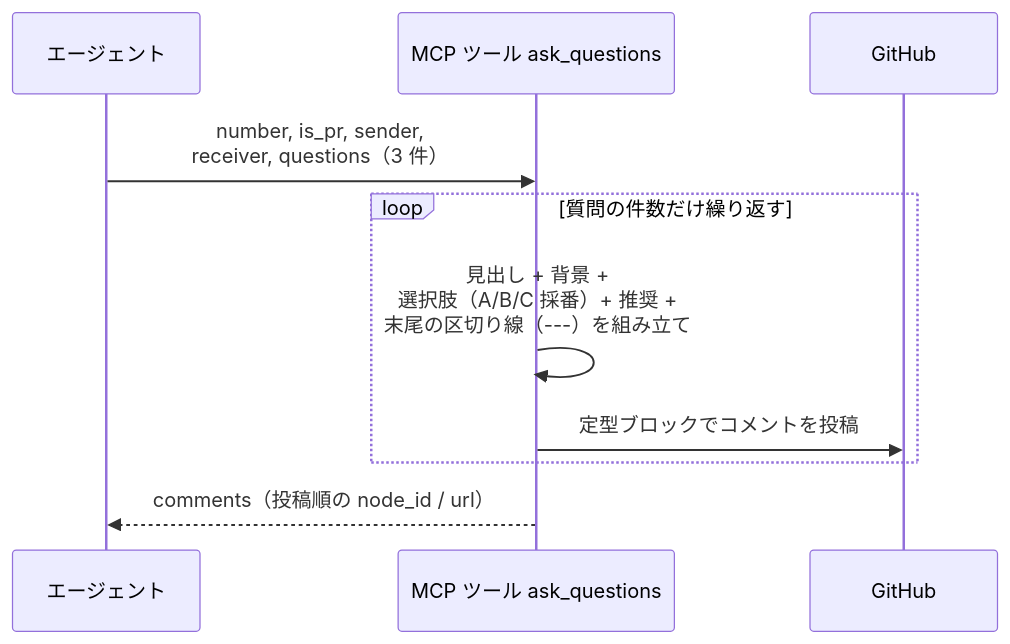
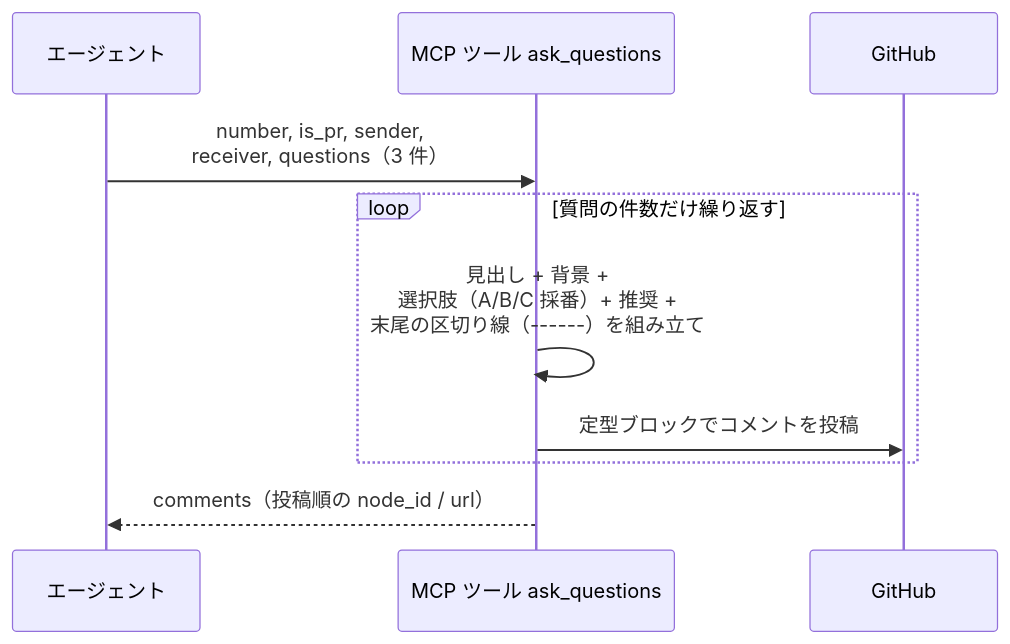
Before and after one commit to shuhei1101/ai-monitor: the first of 3 diagrams in docs/wiki/設計図/インターフェース定義/バックエンド/質問投稿.py.md, drawn with Mermaid. The commit also changed other lines of this file and 45 other files, not shown here.

````diff
--- a/docs/wiki/設計図/インターフェース定義/バックエンド/質問投稿.py.md
+++ b/docs/wiki/設計図/インターフェース定義/バックエンド/質問投稿.py.md
@@ -124,13 +124,13 @@
 ```mermaid
 sequenceDiagram
   participant A as エージェント
   participant T as MCP ツール ask_questions
   participant GH as GitHub
 
   A->>T: number, is_pr, sender,<br>receiver, questions（3 件）
   loop 質問の件数だけ繰り返す
-    T->>T: 見出し + 背景 +<br>選択肢（A/B/C 採番）+ 推奨 +<br>末尾の区切り線（---）を組み立て
+    T->>T: 見出し + 背景 +<br>選択肢（A/B/C 採番）+ 推奨 +<br>末尾の区切り線（------）を組み立て
     T->>GH: 定型ブロックでコメントを投稿
   end
   T-->>A: comments（投稿順の node_id / url）
 ```
````
